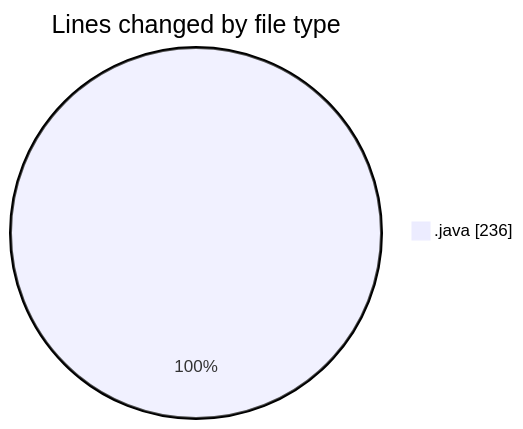
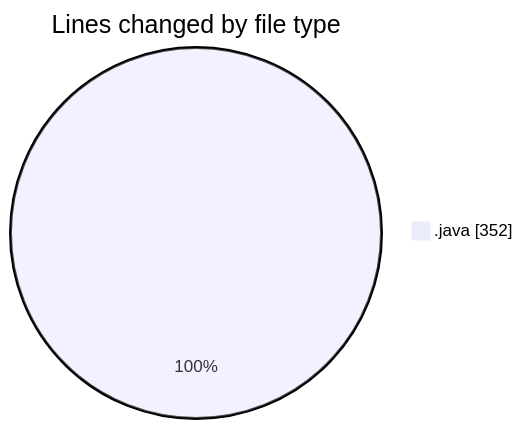
One commit to ricardozamudiocil/code-tracking changed the first of 2 diagrams in 2026-03-02/cilapp/README.md. Above: the diagram before and after it, drawn with Mermaid. The commit also changed other lines of this file and 1 other file, not shown here.

````diff
--- a/2026-03-02/cilapp/README.md
+++ b/2026-03-02/cilapp/README.md
@@ -21,5 +22,5 @@
 ```mermaid
 pie showData
 title Lines changed by file type
-".java" : 236
+".java" : 352
 ```
````
